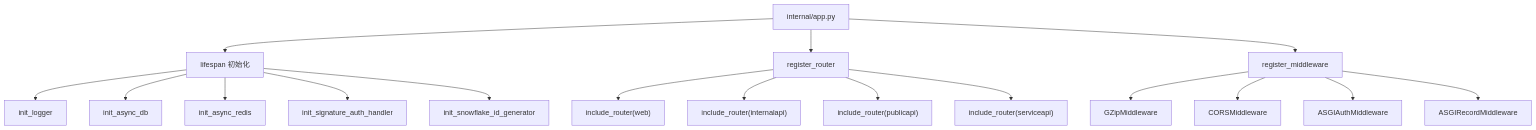
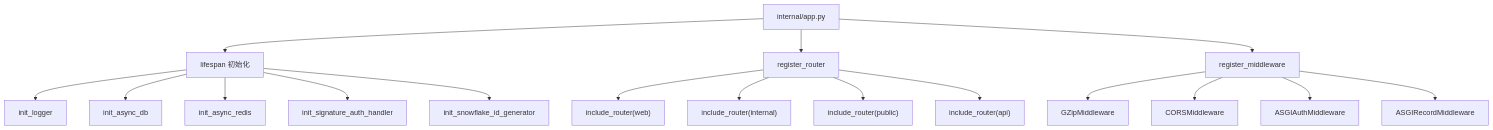
The sixth of 6 diagrams in .qoder/repowiki/zh/content/API接口文档/Service API接口.md (lilinzezzzzzz/fastapi-backend), drawn with Mermaid before and after one commit. The commit also changed other lines of this file and 42 other files, not shown here.

````diff
--- a/.qoder/repowiki/zh/content/API接口文档/Service API接口.md
+++ b/.qoder/repowiki/zh/content/API接口文档/Service API接口.md
@@ -253,19 +292,19 @@
 ```mermaid
 graph TB
 App["internal/app.py"] --> Init["lifespan 初始化"]
 Init --> Log["init_logger"]
 Init --> DB["init_async_db"]
 Init --> Redis["init_async_redis"]
 Init --> Sig["init_signature_auth_handler"]
 Init --> Snow["init_snowflake_id_generator"]
 App --> RegRouter["register_router"]
 RegRouter --> Web["include_router(web)"]
-RegRouter --> Internal["include_router(internalapi)"]
-RegRouter --> Public["include_router(publicapi)"]
-RegRouter --> Service["include_router(serviceapi)"]
+RegRouter --> Internal["include_router(internal)"]
+RegRouter --> Public["include_router(public)"]
+RegRouter --> Api["include_router(api)"]
 App --> RegMW["register_middleware"]
 RegMW --> GZip["GZipMiddleware"]
 RegMW --> CORS["CORSMiddleware"]
 RegMW --> Auth["ASGIAuthMiddleware"]
 RegMW --> Rec["ASGIRecordMiddleware"]
 ```
````
